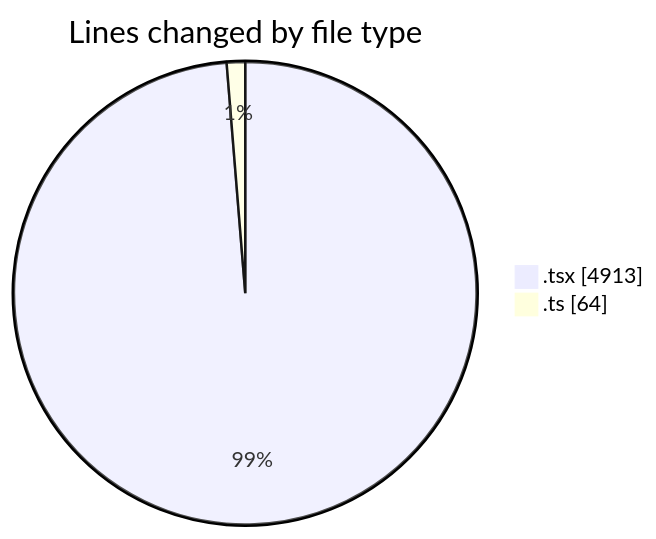
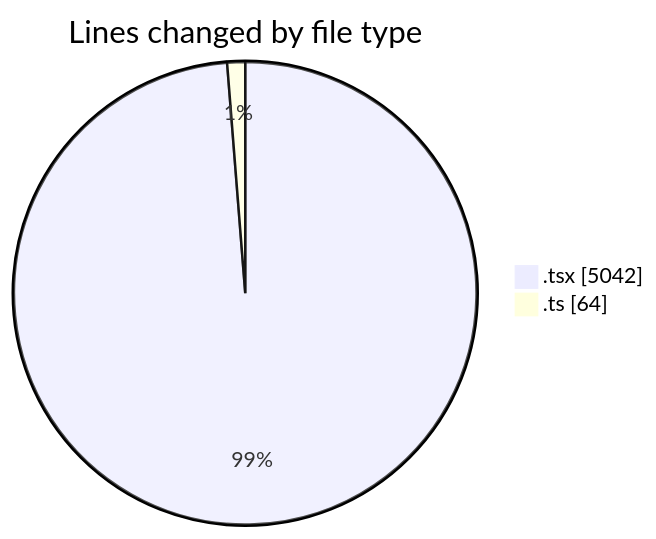
One commit to nxtqubesakshisongat/code-tracking changed the first of 2 diagrams in 2026-04-09/airfeed-analytics-dashboard/README.md. Above: the diagram before and after it, drawn with Mermaid. The commit also changed other lines of this file and 1 other file, not shown here.

````diff
--- a/2026-04-09/airfeed-analytics-dashboard/README.md
+++ b/2026-04-09/airfeed-analytics-dashboard/README.md
@@ -35,6 +35,6 @@
 ```mermaid
 pie showData
 title Lines changed by file type
-".tsx" : 4913
+".tsx" : 5042
 ".ts" : 64
 ```
````
